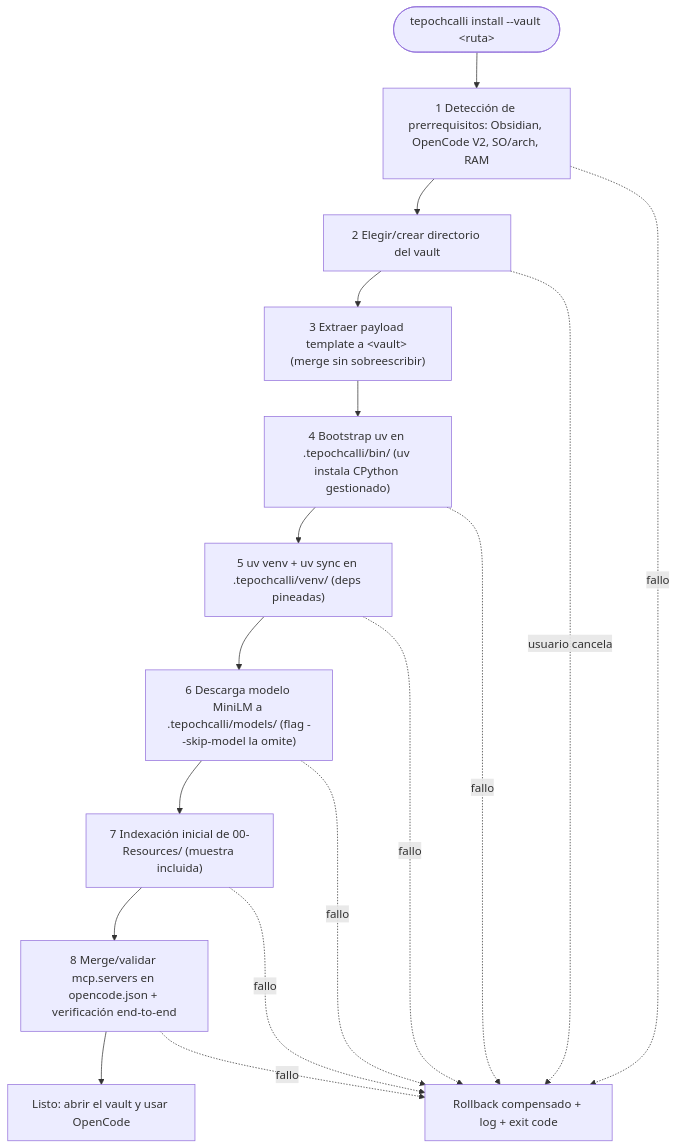
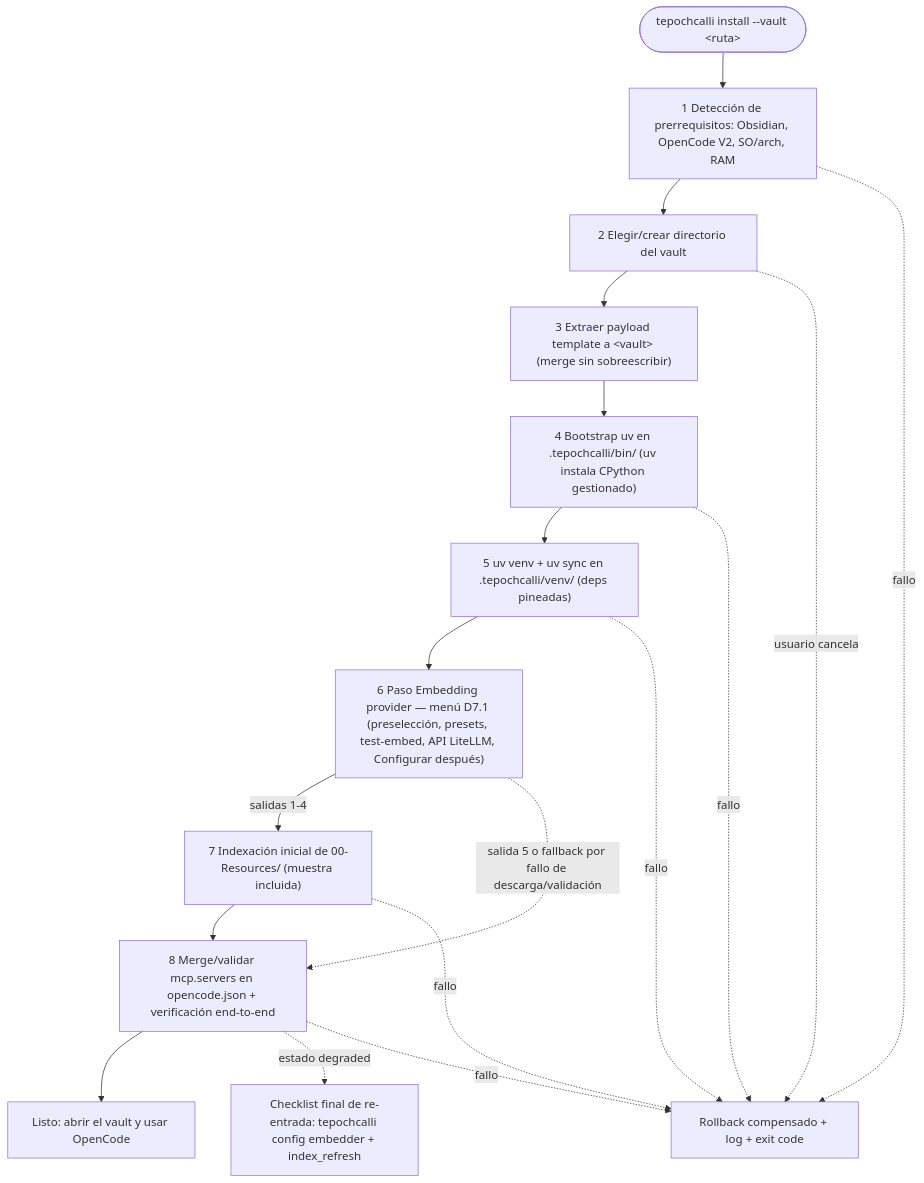
One commit to Fisherk2/tepochcalli-opencode changed the diagram in specs/spec-installer-wizard.md. Above: the diagram before and after it, drawn with Mermaid. The commit also changed other lines of this file, not shown here.

Commit message:
docs: Añade paso embedder y re-entry al wizard

````diff
--- a/specs/spec-installer-wizard.md
+++ b/specs/spec-installer-wizard.md
@@ -44,19 +44,20 @@
 ```mermaid
 flowchart TD
     S(["tepochcalli install --vault &lt;ruta&gt;"]) --> F1["1 Detección de prerrequisitos: Obsidian, OpenCode V2, SO/arch, RAM"]
     F1 --> F2["2 Elegir/crear directorio del vault"]
     F2 --> F3["3 Extraer payload template a &lt;vault&gt; (merge sin sobreescribir)"]
     F3 --> F4["4 Bootstrap uv en .tepochcalli/bin/ (uv instala CPython gestionado)"]
     F4 --> F5["5 uv venv + uv sync en .tepochcalli/venv/ (deps pineadas)"]
-    F5 --> F6["6 Descarga modelo MiniLM a .tepochcalli/models/ (flag --skip-model la omite)"]
-    F6 --> F7["7 Indexación inicial de 00-Resources/ (muestra incluida)"]
+    F5 --> F6["6 Paso Embedding provider — menú D7.1 (preselección, presets, test-embed, API LiteLLM, Configurar después)"]
+    F6 -->|"salidas 1-4"| F7["7 Indexación inicial de 00-Resources/ (muestra incluida)"]
+    F6 -.->|"salida 5 o fallback por fallo de descarga/validación"| F8
     F7 --> F8["8 Merge/validar mcp.servers en opencode.json + verificación end-to-end"]
     F8 --> OK["Listo: abrir el vault y usar OpenCode"]
+    F8 -.->|"estado degraded"| CHK["Checklist final de re-entrada: tepochcalli config embedder + index_refresh"]
     F1 -. fallo .-> X["Rollback compensado + log + exit code"]
     F4 -. fallo .-> X
     F5 -. fallo .-> X
-    F6 -. fallo .-> X
     F7 -. fallo .-> X
     F8 -. fallo .-> X
     F2 -. usuario cancela .-> X
 ```
````
